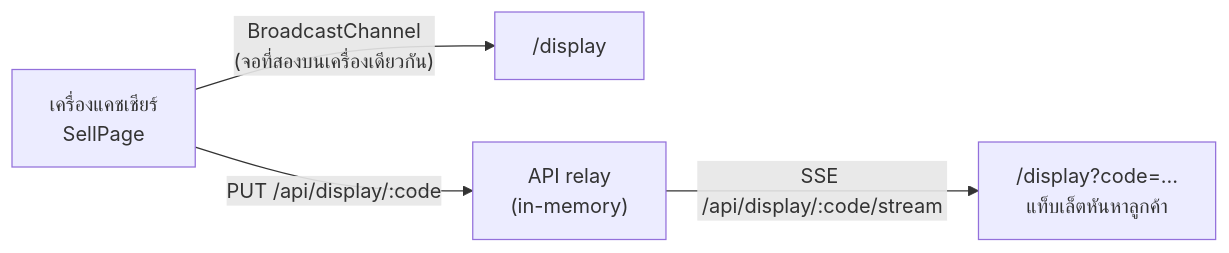
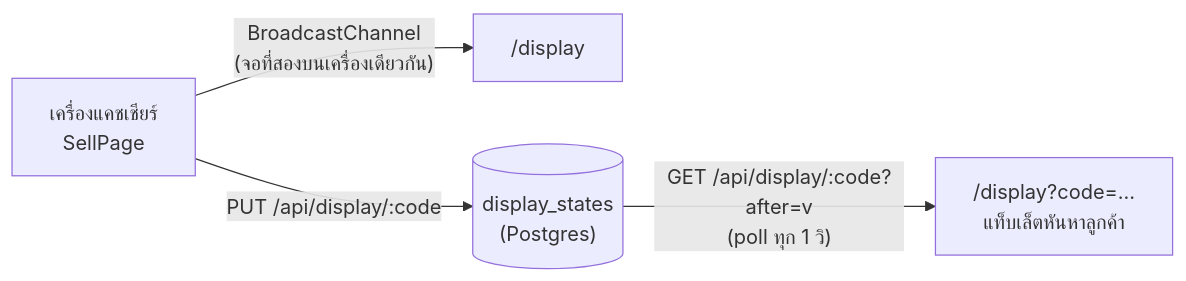
Before and after one commit to GOSID555/gds_store_management: the second of 2 diagrams in docs/ARCHITECTURE.md, drawn with Mermaid. The commit also changed other lines of this file and 15 other files, not shown here.

First line of the commit message:
Deploy to Vercel: serverless API entry, build-time migrations, DB-backed customer display

````diff
--- a/docs/ARCHITECTURE.md
+++ b/docs/ARCHITECTURE.md
@@ -97,6 +97,6 @@
 ```mermaid
 flowchart LR
   C["เครื่องแคชเชียร์<br/>SellPage"] -- "BroadcastChannel<br/>(จอที่สองบนเครื่องเดียวกัน)" --> D1["/display"]
-  C -- "PUT /api/display/:code" --> R["API relay<br/>(in-memory)"]
-  R -- "SSE /api/display/:code/stream" --> D2["/display?code=…<br/>แท็บเล็ตหันหาลูกค้า"]
+  C -- "PUT /api/display/:code" --> R[("display_states<br/>(Postgres)")]
+  R -- "GET /api/display/:code?after=v<br/>(poll ทุก 1 วิ)" --> D2["/display?code=…<br/>แท็บเล็ตหันหาลูกค้า"]
 ```
````
